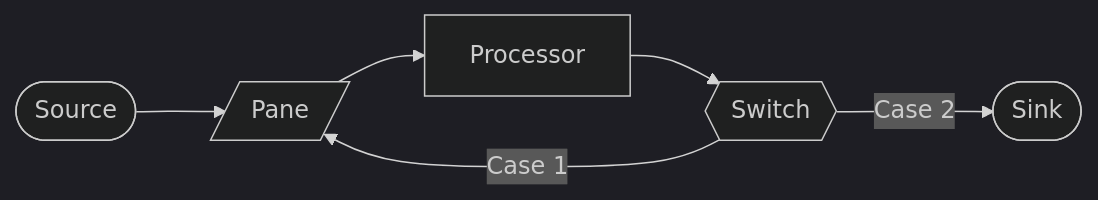
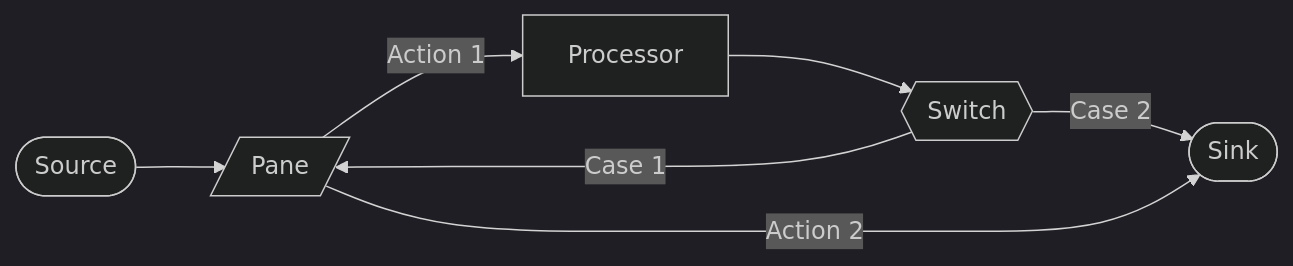
Before and after one commit to bobbyluig/bobbyluig.github.io: the first of 5 diagrams in _drafts/2024-02-17-graph-oriented-programming.md, drawn with Mermaid (dark theme). The commit also changed other lines of this file, not shown here.

```diff
--- a/_drafts/2024-02-17-graph-oriented-programming.md
+++ b/_drafts/2024-02-17-graph-oriented-programming.md
@@ -15,8 +15,9 @@
 <div class="mermaid">
 flowchart LR
     Source([Source]) --> Pane[/Pane/]
-    Pane --> Processor[Processor]
+    Pane -->|Action 1| Processor[Processor]
     Processor --> Switch{{Switch}}
     Switch -->|Case 1| Pane
     Switch -->|Case 2| Sink([Sink])
+    Pane -->|Action 2| Sink
 </div>
```
